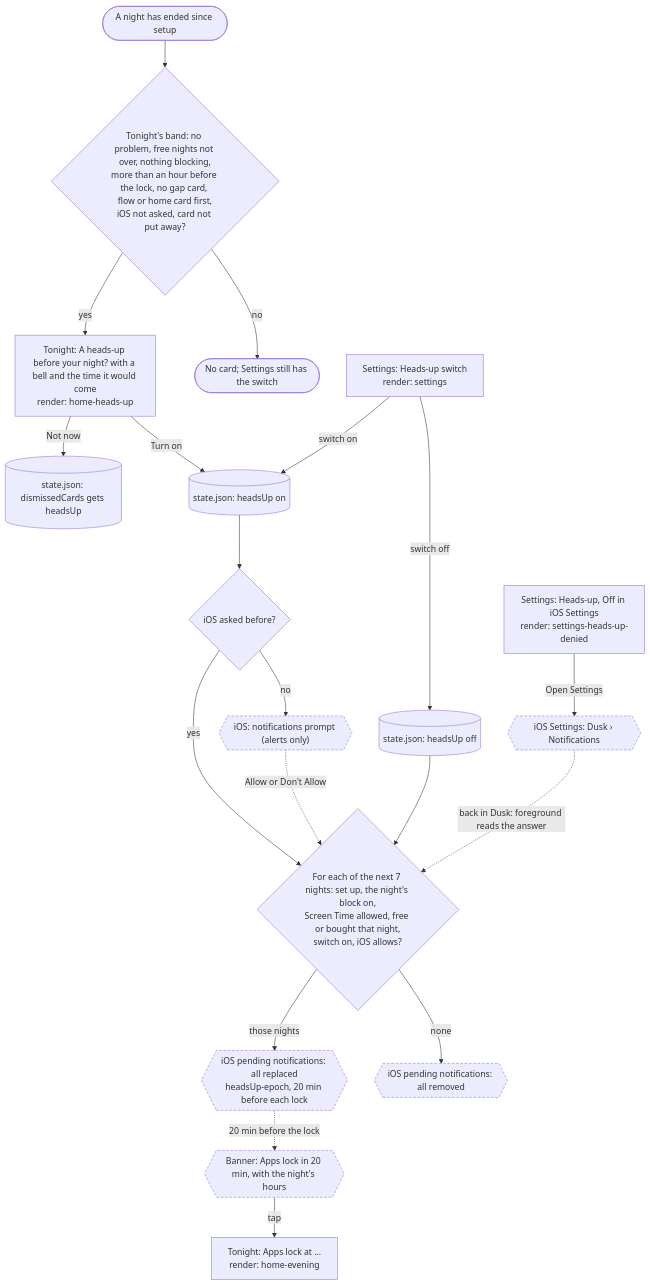
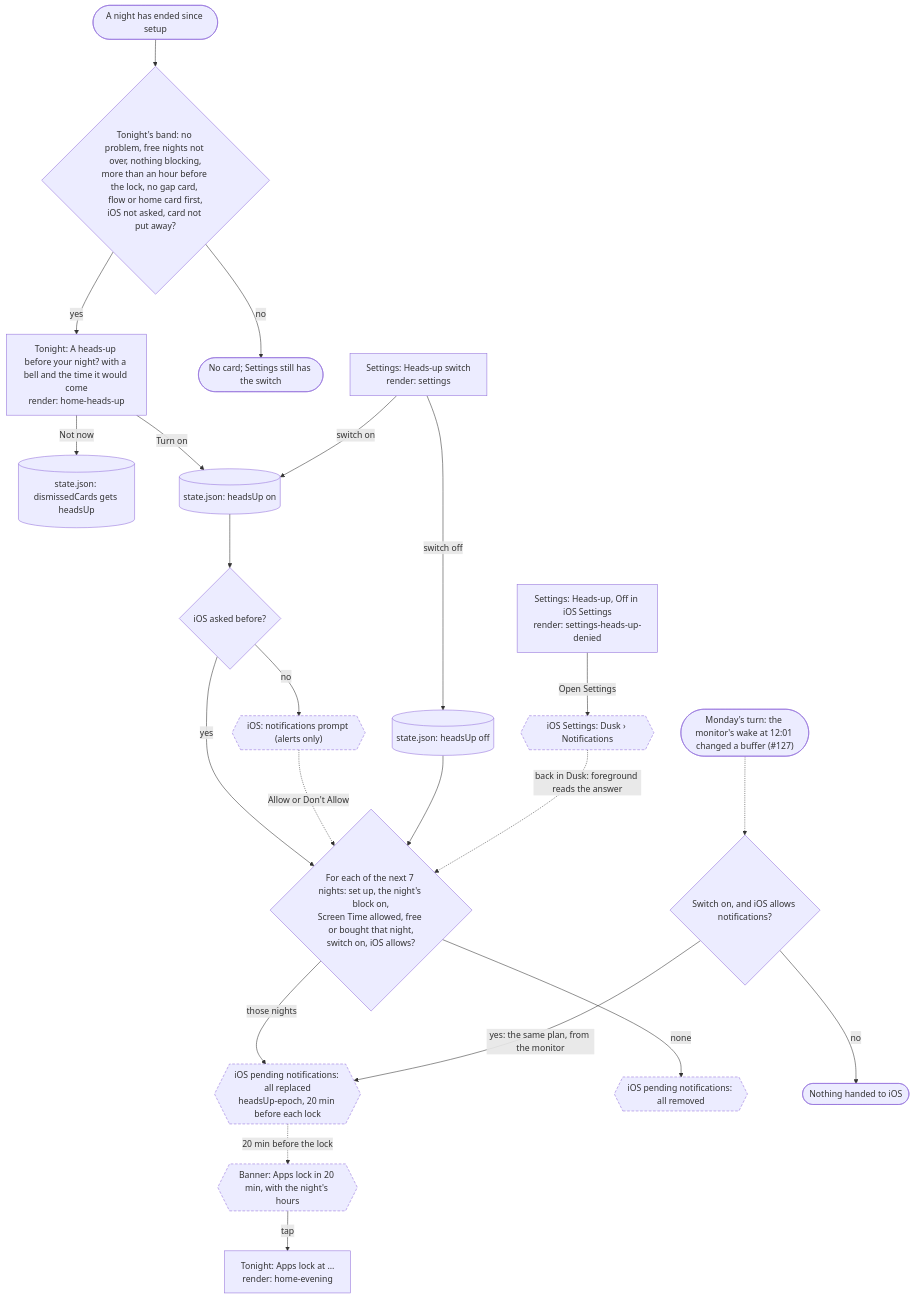
One commit to adit-rah/toll changed the diagram in docs/flows/heads-up.md. Above: the diagram before and after it, drawn with Mermaid. The commit also changed other lines of this file and 25 other files, not shown here.

First line of the commit message:
Monday's buffer change applies with Dusk closed (#127, #52)

````diff
--- a/docs/flows/heads-up.md
+++ b/docs/flows/heads-up.md
@@ -9,30 +9,33 @@
 ```mermaid
 flowchart TD
   firstNight(["A night has ended since setup"]) --> cardCheck{"Tonight's band: no problem, free nights not over, nothing blocking,<br/>more than an hour before the lock, no gap card, flow or home card first,<br/>iOS not asked, card not put away?"}
   cardCheck -->|"yes"| card["Tonight: A heads-up before your night? with a bell and the time it would come<br/>render: home-heads-up"]
   cardCheck -->|"no"| noCard(["No card; Settings still has the switch"])
   card -->|"Not now"| putAway[("state.json: dismissedCards gets headsUp")]
   card -->|"Turn on"| switchOn[("state.json: headsUp on")]
 
   settingsRow["Settings: Heads-up switch<br/>render: settings"]
   settingsRow -->|"switch on"| switchOn
   settingsRow -->|"switch off"| switchOff[("state.json: headsUp off")]
   deniedRow["Settings: Heads-up, Off in iOS Settings<br/>render: settings-heads-up-denied"]
   deniedRow -->|"Open Settings"| iosSettings{{"iOS Settings: Dusk › Notifications"}}
 
   switchOn --> asked{"iOS asked before?"}
   asked -->|"no"| prompt{{"iOS: notifications prompt (alerts only)"}}
   asked -->|"yes"| plan
   prompt -.->|"Allow or Don't Allow"| plan
   switchOff --> plan
   iosSettings -.->|"back in Dusk: foreground reads the answer"| plan
 
   plan{"For each of the next 7 nights: set up, the night's block on,<br/>Screen Time allowed, free or bought that night,<br/>switch on, iOS allows?"}
   plan -->|"those nights"| pending{{"iOS pending notifications: all replaced<br/>headsUp-epoch, 20 min before each lock"}}
   plan -->|"none"| cleared{{"iOS pending notifications: all removed"}}
+  turn(["Monday's turn: the monitor's wake at 12:01 changed a buffer (#127)"]) -.-> turnPlan{"Switch on, and iOS allows notifications?"}
+  turnPlan -->|"yes: the same plan, from the monitor"| pending
+  turnPlan -->|"no"| turnNothing(["Nothing handed to iOS"])
   pending -.->|"20 min before the lock"| banner{{"Banner: Apps lock in 20 min, with the night's hours"}}
   banner -->|"tap"| tonight["Tonight: Apps lock at …<br/>render: home-evening"]
 
   classDef system stroke-dasharray: 5 3
   class prompt,iosSettings,pending,cleared,banner system
 ```
````
